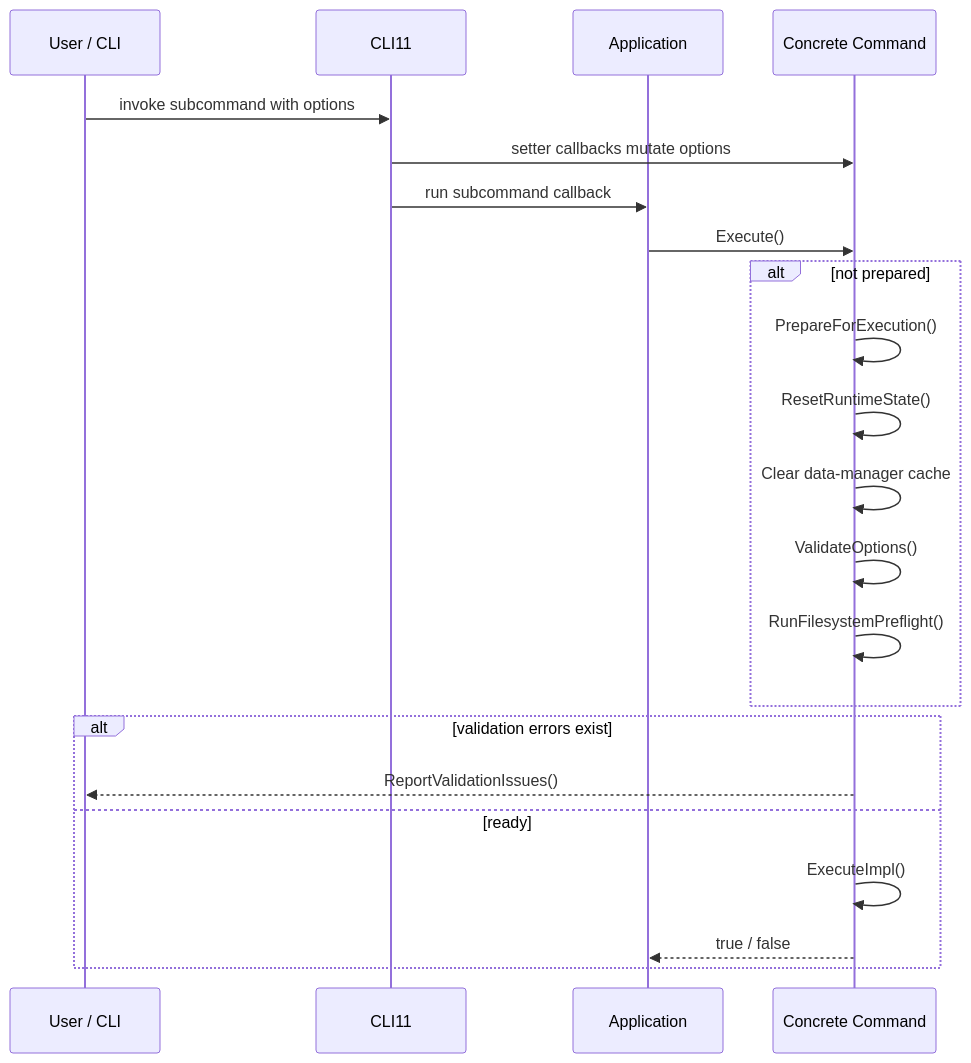
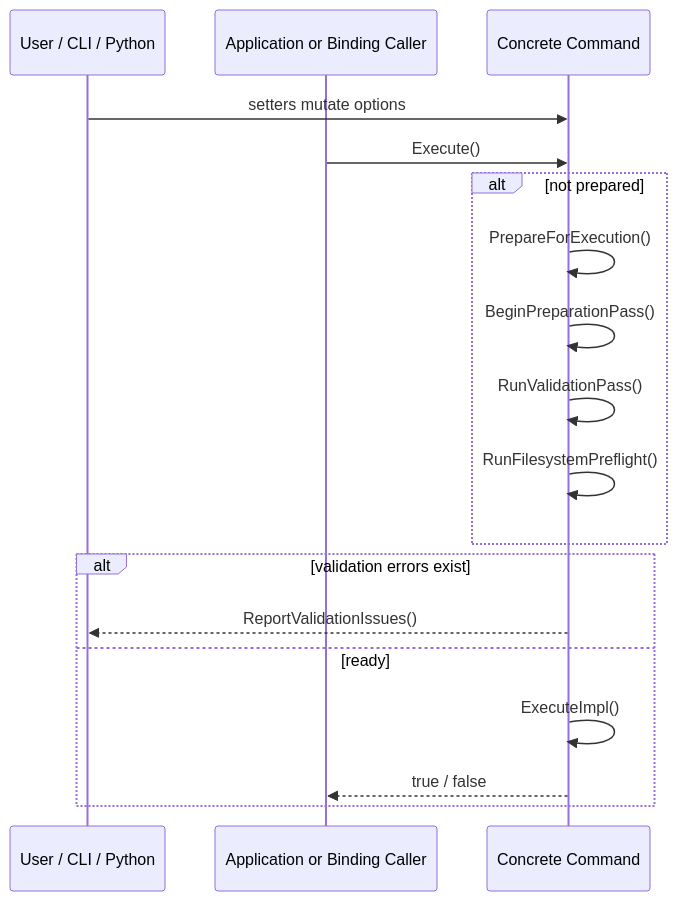
Before and after one commit to yslianTim/rhbm_gem: the second of 2 diagrams in docs/developer/architecture/command-architecture.md, drawn with Mermaid. The commit also changed other lines of this file, not shown here.

````diff
--- a/docs/developer/architecture/command-architecture.md
+++ b/docs/developer/architecture/command-architecture.md
@@ -212,25 +221,21 @@
 ```mermaid
 sequenceDiagram
-    participant User as User / CLI
-    participant CLI as CLI11
-    participant App as Application
+    participant User as User / CLI / Python
+    participant Entry as Application or Binding Caller
     participant Cmd as Concrete Command
 
-    User->>CLI: invoke subcommand with options
-    CLI->>Cmd: setter callbacks mutate options
-    CLI->>App: run subcommand callback
-    App->>Cmd: Execute()
+    User->>Cmd: setters mutate options
+    Entry->>Cmd: Execute()
     alt not prepared
         Cmd->>Cmd: PrepareForExecution()
-        Cmd->>Cmd: ResetRuntimeState()
-        Cmd->>Cmd: Clear data-manager cache
-        Cmd->>Cmd: ValidateOptions()
+        Cmd->>Cmd: BeginPreparationPass()
+        Cmd->>Cmd: RunValidationPass()
         Cmd->>Cmd: RunFilesystemPreflight()
     end
     alt validation errors exist
         Cmd-->>User: ReportValidationIssues()
     else ready
         Cmd->>Cmd: ExecuteImpl()
-        Cmd-->>App: true / false
+        Cmd-->>Entry: true / false
     end
 ```
````
